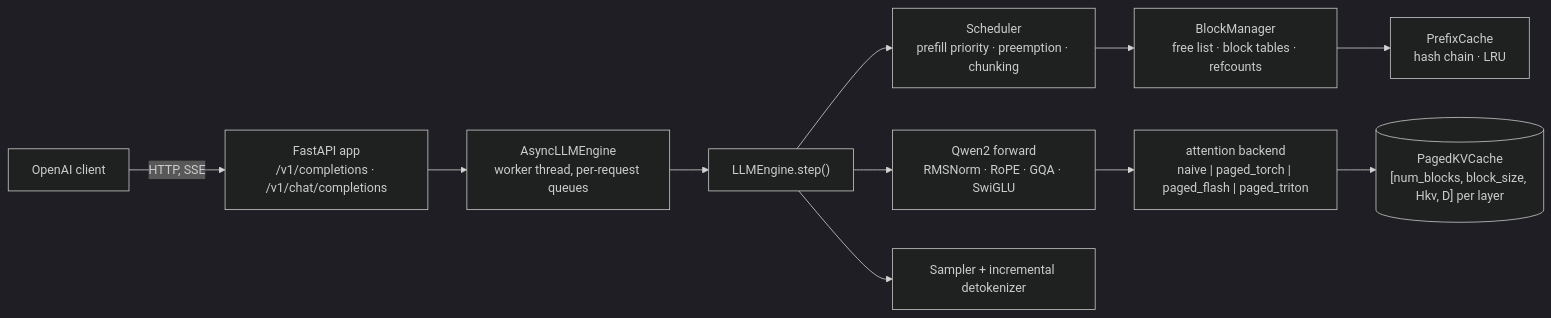
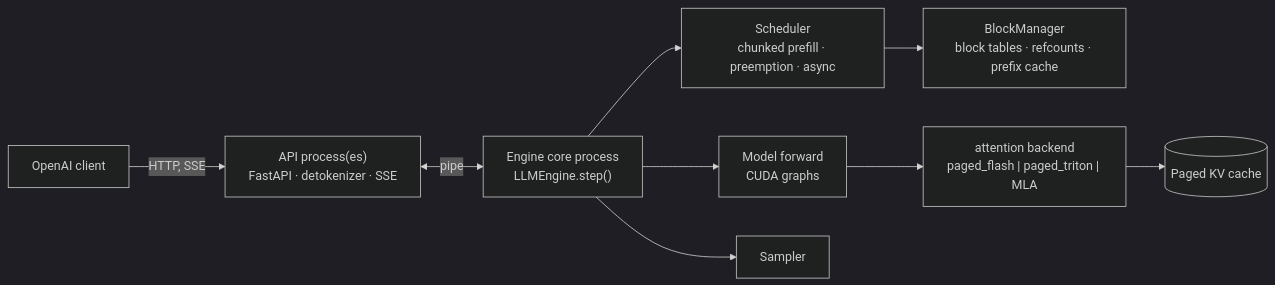
Before and after one commit to ashwinsreedhar28/emberserve: the diagram in README.md, drawn with Mermaid (dark theme). The commit also changed other lines of this file and 5 other files, not shown here.

````diff
--- a/README.md
+++ b/README.md
@@ -75,13 +115,11 @@
 ```mermaid
 flowchart LR
-  C[OpenAI client] -->|HTTP, SSE| S["FastAPI app<br/>/v1/completions · /v1/chat/completions"]
-  S --> A["AsyncLLMEngine<br/>worker thread, per-request queues"]
-  A --> E["LLMEngine.step()"]
-  E --> SCH["Scheduler<br/>prefill priority · preemption · chunking"]
-  SCH --> BM["BlockManager<br/>free list · block tables · refcounts"]
-  BM --> PC["PrefixCache<br/>hash chain · LRU"]
-  E --> M["Qwen2 forward<br/>RMSNorm · RoPE · GQA · SwiGLU"]
-  M --> B["attention backend<br/>naive | paged_torch | paged_flash | paged_triton"]
-  B --> KV[("PagedKVCache<br/>[num_blocks, block_size, Hkv, D] per layer")]
-  E --> SMP["Sampler + incremental detokenizer"]
+  C[OpenAI client] -->|HTTP, SSE| S["API process(es)<br/>FastAPI · detokenizer · SSE"]
+  S <-->|pipe| E["Engine core process<br/>LLMEngine.step()"]
+  E --> SCH["Scheduler<br/>chunked prefill · preemption · async"]
+  SCH --> BM["BlockManager<br/>block tables · refcounts · prefix cache"]
+  E --> M["Model forward<br/>CUDA graphs"]
+  M --> B["attention backend<br/>paged_flash | paged_triton | MLA"]
+  B --> KV[("Paged KV cache")]
+  E --> SMP["Sampler"]
 ```
````
